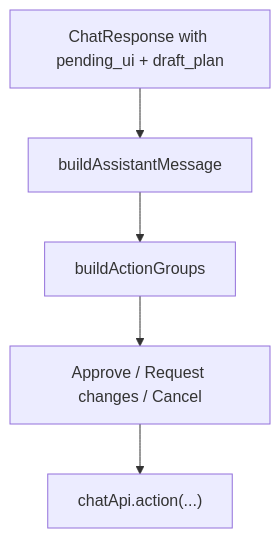
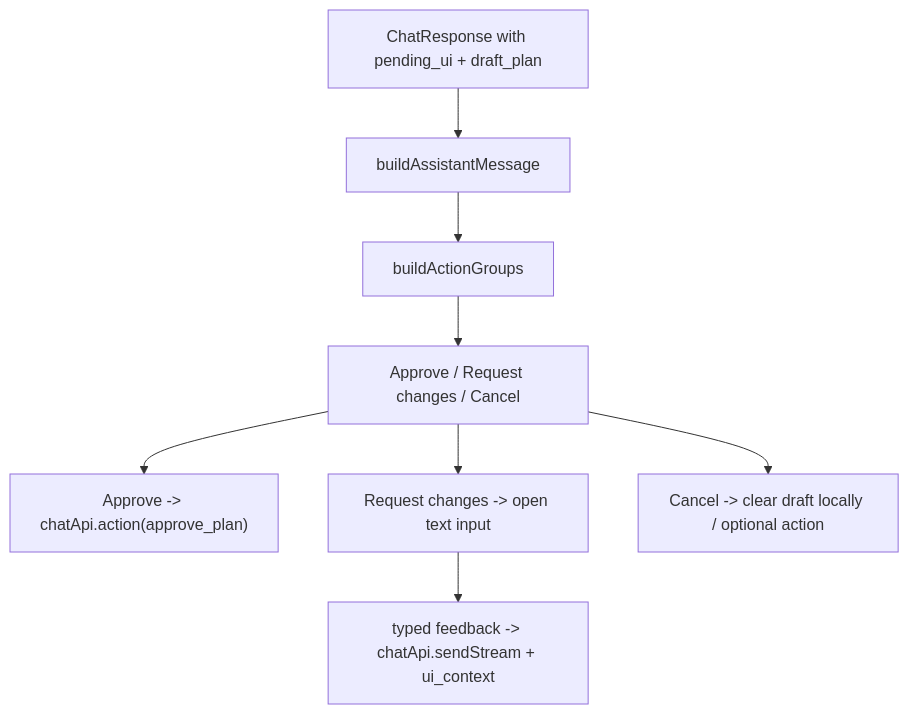
The seventh of 11 diagrams in Weekly-Study-Planner/frontend_diagram.md (SaathiAI/PrivateSkedio), drawn with Mermaid before and after one commit. The commit also changed other lines of this file and 2 other files, not shown here.

Commit message:
supervisoor bug fix+ docs updatoin

````diff
--- a/Weekly-Study-Planner/frontend_diagram.md
+++ b/Weekly-Study-Planner/frontend_diagram.md
@@ -182,7 +182,10 @@
 ```mermaid
 flowchart TD
     Backend["ChatResponse with pending_ui + draft_plan"] --> ChatPanel["buildAssistantMessage"]
     ChatPanel --> ActionGroups["buildActionGroups"]
     ActionGroups --> Core["Approve / Request changes / Cancel"]
-    Core --> Action["chatApi.action(...)"]
+    Core --> Approve["Approve -> chatApi.action(approve_plan)"]
+    Core --> Request["Request changes -> open text input"]
+    Request --> SendChange["typed feedback -> chatApi.sendStream + ui_context"]
+    Core --> Cancel["Cancel -> clear draft locally / optional action"]
 ```
````
